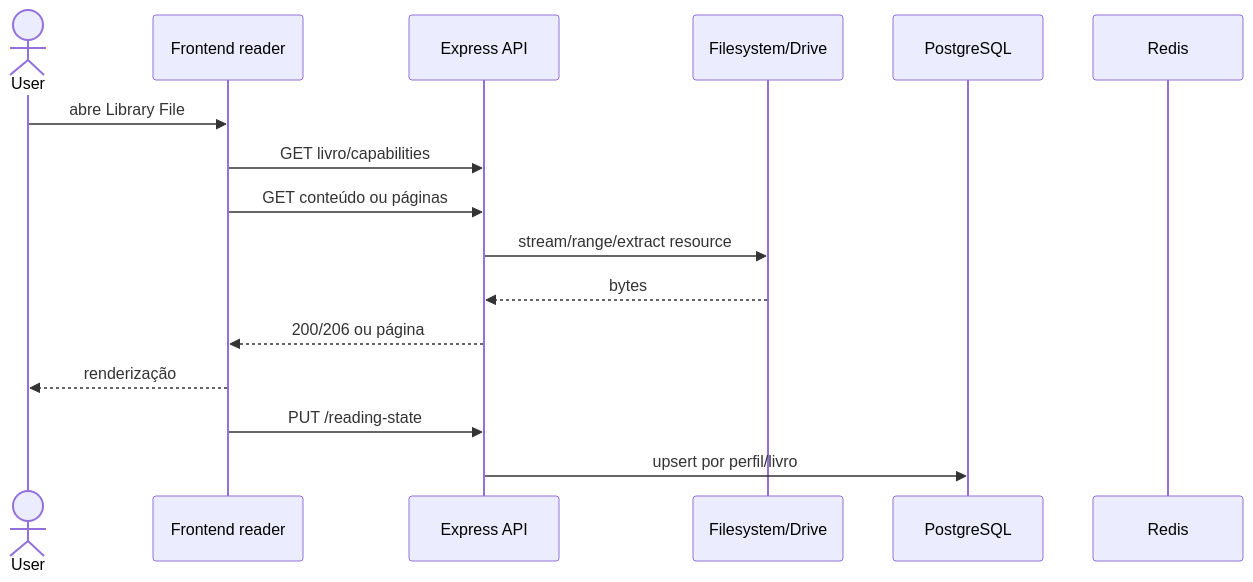
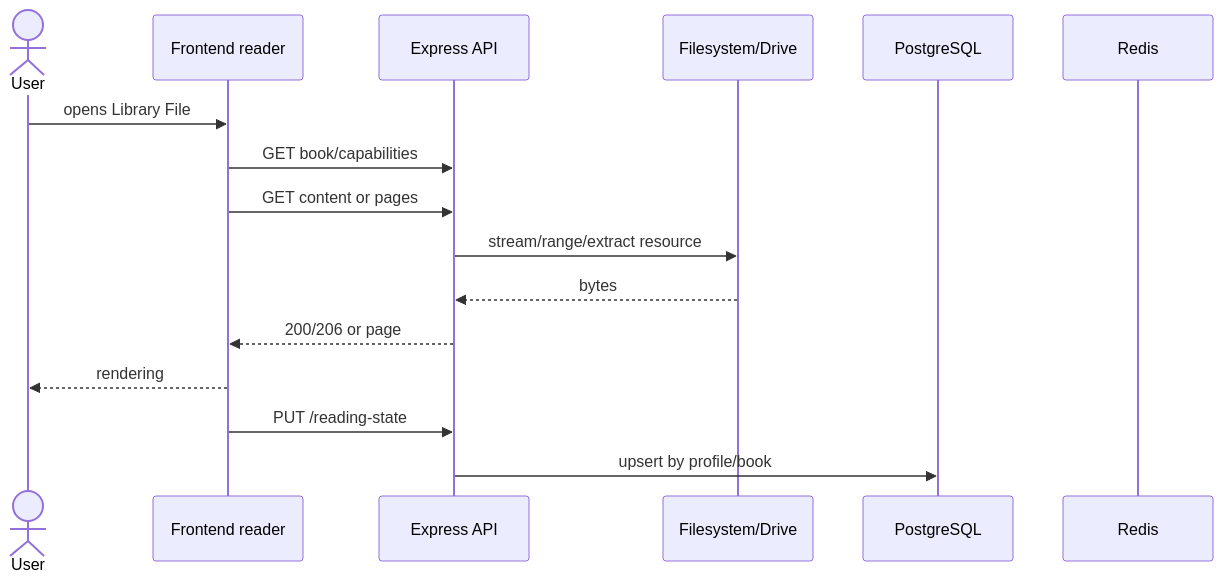
The diagram in src/content/docs/docs/architecture/data-flow.md (araruoss/araru-docs), drawn with Mermaid before and after one commit. The commit also changed other lines of this file and 69 other files, not shown here.

````diff
--- a/src/content/docs/docs/architecture/data-flow.md
+++ b/src/content/docs/docs/architecture/data-flow.md
@@ -15,18 +15,18 @@
 ```mermaid
 sequenceDiagram
   actor User
   participant Web as Frontend reader
   participant API as Express API
   participant Store as Filesystem/Drive
   participant DB as PostgreSQL
   participant Cache as Redis
-  User->>Web: abre Library File
-  Web->>API: GET livro/capabilities
-  Web->>API: GET conteúdo ou páginas
+  User->>Web: opens Library File
+  Web->>API: GET book/capabilities
+  Web->>API: GET content or pages
   API->>Store: stream/range/extract resource
   Store-->>API: bytes
-  API-->>Web: 200/206 ou página
-  Web-->>User: renderização
+  API-->>Web: 200/206 or page
+  Web-->>User: rendering
   Web->>API: PUT /reading-state
-  API->>DB: upsert por perfil/livro
+  API->>DB: upsert by profile/book
 ```
````
